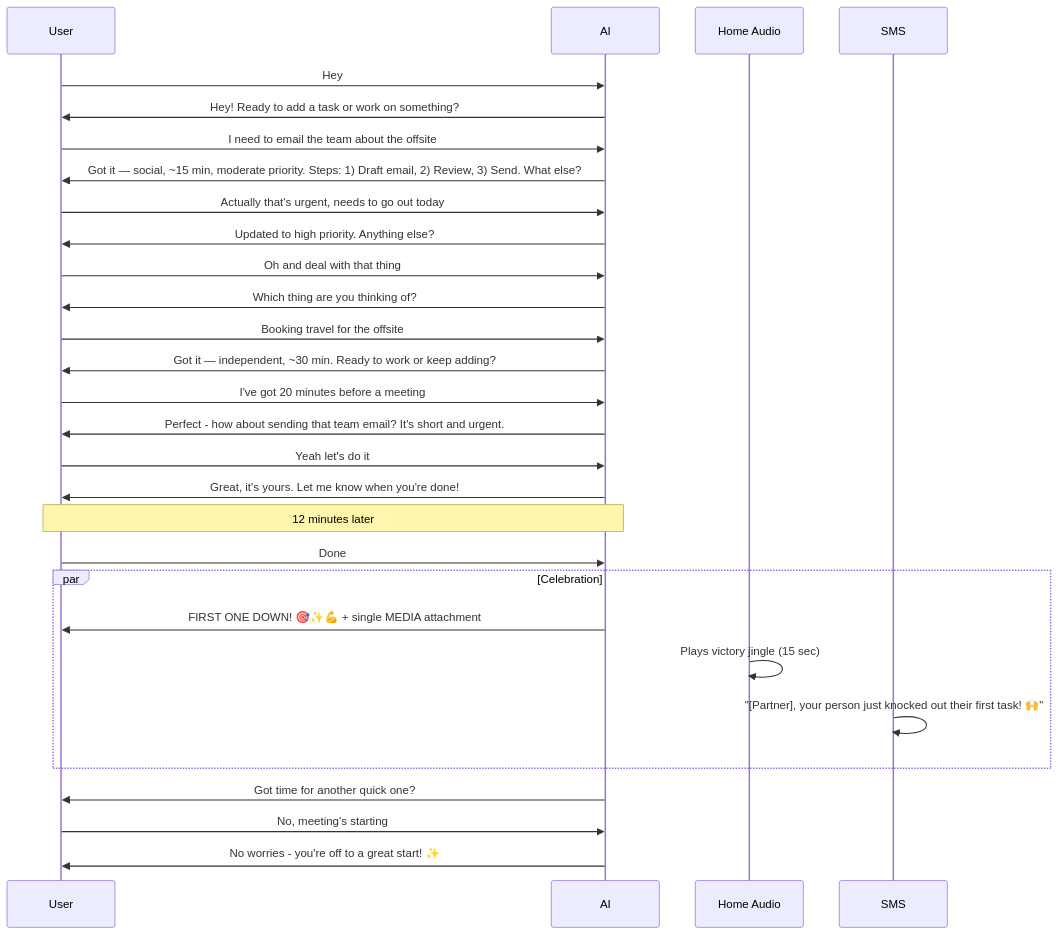
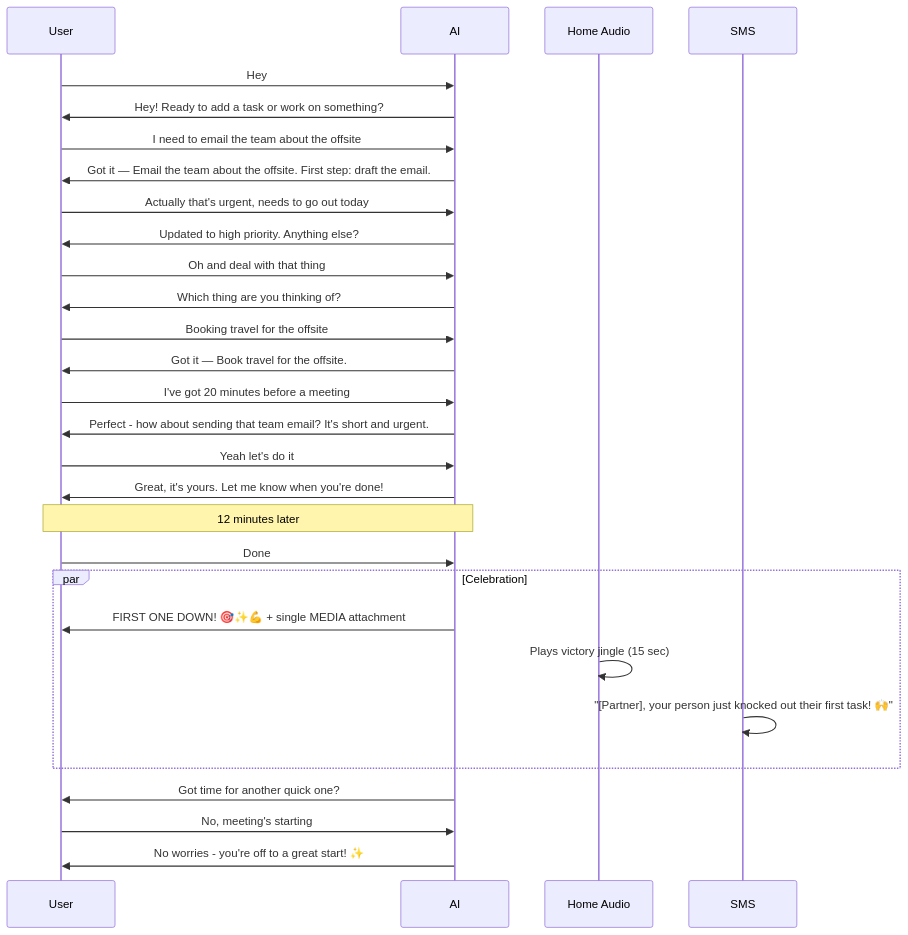
Before and after one commit to NickBorgersProbably/hide-my-list: diagram 27 of 28 in docs/user-interactions.md, drawn with Mermaid. The commit also changed other lines of this file and 63 other files, not shown here.

First line of the commit message:
Classifier examples, intake already-done handoff, one-sentence confirmations, unlisted-report flow, node context (#677)

````diff
--- a/docs/user-interactions.md
+++ b/docs/user-interactions.md
@@ -1020,39 +1068,39 @@
 ```mermaid
 sequenceDiagram
     participant U as User
     participant AI as AI
     participant HA as Home Audio
     participant SMS as SMS
 
     U->>AI: Hey
     AI->>U: Hey! Ready to add a task or work on something?
 
     U->>AI: I need to email the team about the offsite
-    AI->>U: Got it — social, ~15 min, moderate priority. Steps: 1) Draft email, 2) Review, 3) Send. What else?
+    AI->>U: Got it — Email the team about the offsite. First step: draft the email.
     U->>AI: Actually that's urgent, needs to go out today
     AI->>U: Updated to high priority. Anything else?
 
     U->>AI: Oh and deal with that thing
     AI->>U: Which thing are you thinking of?
     U->>AI: Booking travel for the offsite
-    AI->>U: Got it — independent, ~30 min. Ready to work or keep adding?
+    AI->>U: Got it — Book travel for the offsite.
 
     U->>AI: I've got 20 minutes before a meeting
     AI->>U: Perfect - how about sending that team email? It's short and urgent.
     U->>AI: Yeah let's do it
     AI->>U: Great, it's yours. Let me know when you're done!
 
     Note over U,AI: 12 minutes later
 
     U->>AI: Done
 
     par Celebration
         AI->>U: FIRST ONE DOWN! 🎯✨💪 + single MEDIA attachment
         HA->>HA: Plays victory jingle (15 sec)
         SMS->>SMS: "[Partner], your person just knocked out their first task! 🙌"
     end
 
     AI->>U: Got time for another quick one?
     U->>AI: No, meeting's starting
     AI->>U: No worries - you're off to a great start! ✨
 ```
````
